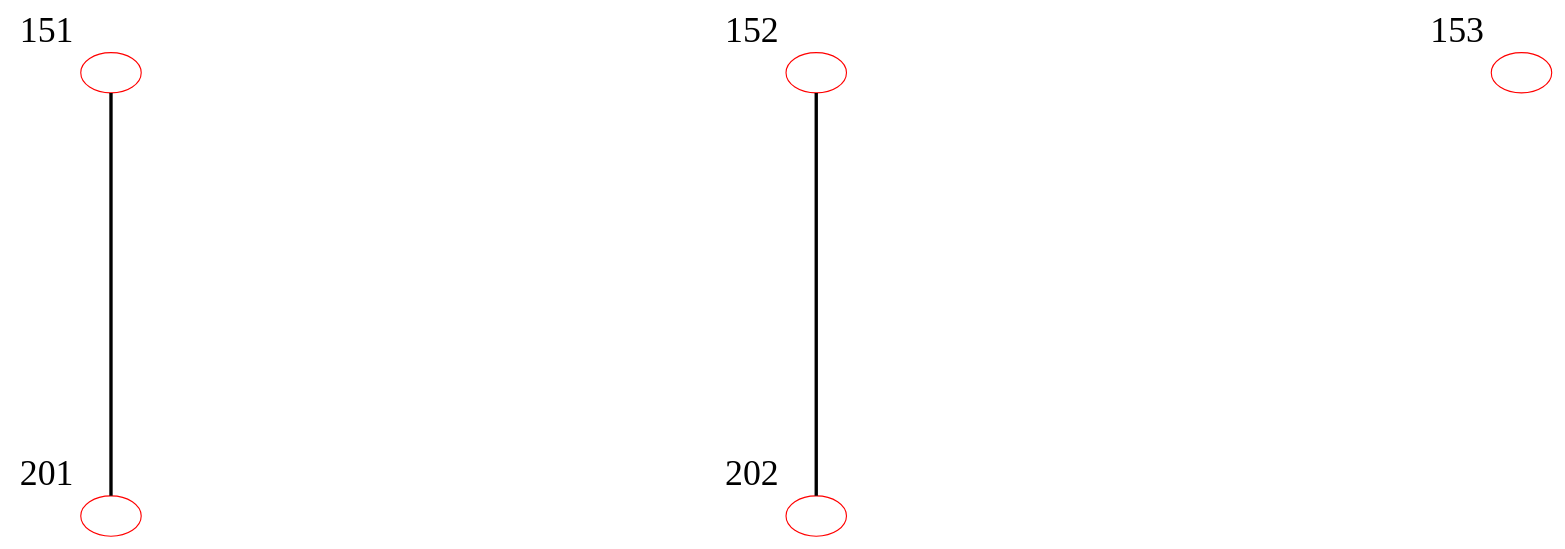
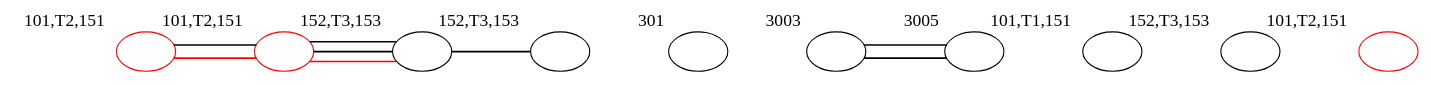
Before and after one commit to Sina1/4E1S: the diagram in GUI/WindowsFormsApplication1/bin/Debug/temp.dot, drawn with Graphviz. The commit also changed 22 other files, not shown here.

```diff
--- a/GUI/WindowsFormsApplication1/bin/Debug/temp.dot
+++ b/GUI/WindowsFormsApplication1/bin/Debug/temp.dot
@@ -1,15 +1,33 @@
 digraph G {
-            graph [splines=ortho, nodesep=8 ranksep=5 margin=1];
+            graph [splines=ortho, nodesep=1 ranksep=1 margin=0.5];
             edge [arrowhead=none,arrowtail=none ];
 
-            forcelabels=true;		{ rank=same 151 152 153 ;}
-{ rank=same 201 202 ;}
-		151[ xlabel="151" fontsize=32 label="" color ="red"];
-		152[ xlabel="152" fontsize=32 label="" color ="red"];
-		153[ xlabel="153" fontsize=32 label="" color ="red"];
-		201[ xlabel="201" fontsize=32 label="" color ="red"];
-		202[ xlabel="202" fontsize=32 label="" color ="red"];
-		151 -> 201 [penwidth=3 shape=none ] ;
-		152 -> 202 [penwidth=3 shape=none ] ;
+            forcelabels=true;		{ rank=same 101 151 152 ;}
+{ rank=same 153 301 3003 ;}
+{ rank=same 3005 101 301 ;}
+{ rank=same 301 301 101,T1,151 ;}
+{ rank=same 152,T3,153 101,T2,151 ;}
+		101[ xlabel="101" fontsize=16 label="" ];
+		151[ xlabel="151" fontsize=16 label="" ];
+		152[ xlabel="152" fontsize=16 label="" ];
+		153[ xlabel="153" fontsize=16 label="" ];
+		301[ xlabel="301" fontsize=16 label="" ];
+		3003[ xlabel="3003" fontsize=16 label="" ];
+		3005[ xlabel="3005" fontsize=16 label="" ];
+		101[ xlabel="101" fontsize=16 label="" ];
+		301[ xlabel="301" fontsize=16 label="" ];
+		301[ xlabel="301" fontsize=16 label="" ];
+		301[ xlabel="301" fontsize=16 label="" ];
+		101,T1,151[ xlabel="101,T1,151" fontsize=16 label="" ];
+		152,T3,153[ xlabel="152,T3,153" fontsize=16 label="" ];
+		101,T2,151[ xlabel="101,T2,151" fontsize=16 label="" color ="red"];
+		101 -> 151 [penwidth=1.5 shape=none ] ;
+		151 -> 152 [penwidth=1.5 shape=none ] ;
+		151 -> 152 [penwidth=1.5 shape=none ] ;
+		152 -> 153 [penwidth=1.5 shape=none ] ;
+		3003 -> 3005 [penwidth=1.5 shape=none ] ;
+		3003 -> 3005 [penwidth=1.5 shape=none ] ;
+		151 -> 152 [penwidth=1.5 shape=none color ="red"] ;
+		101 -> 151 [penwidth=1.5 shape=none color ="red"] ;
 
 }
```
